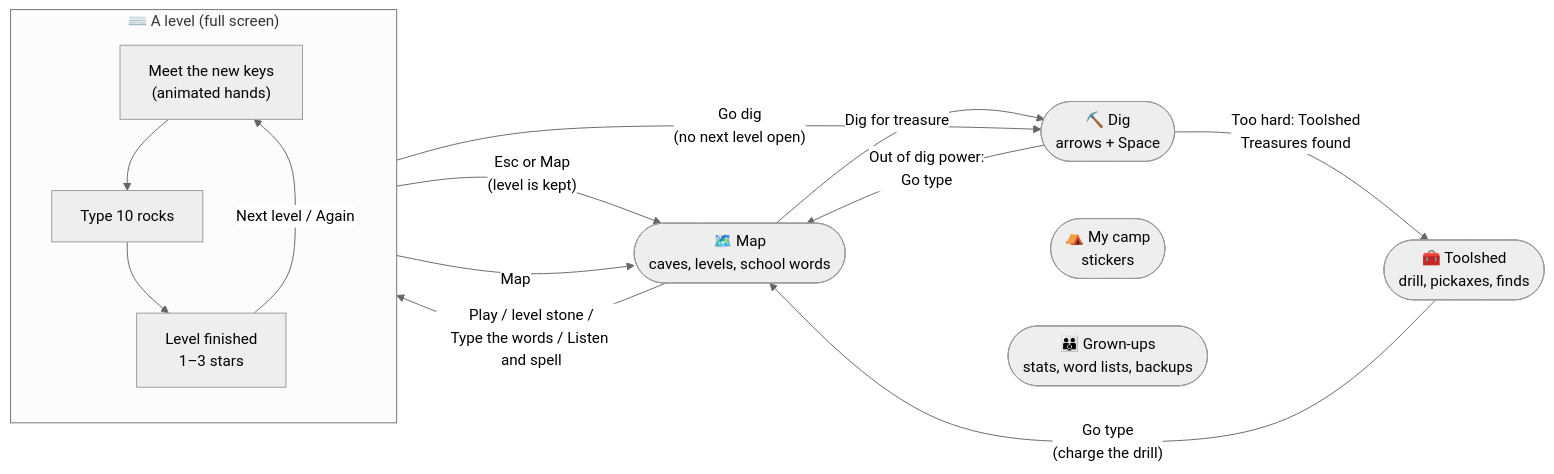
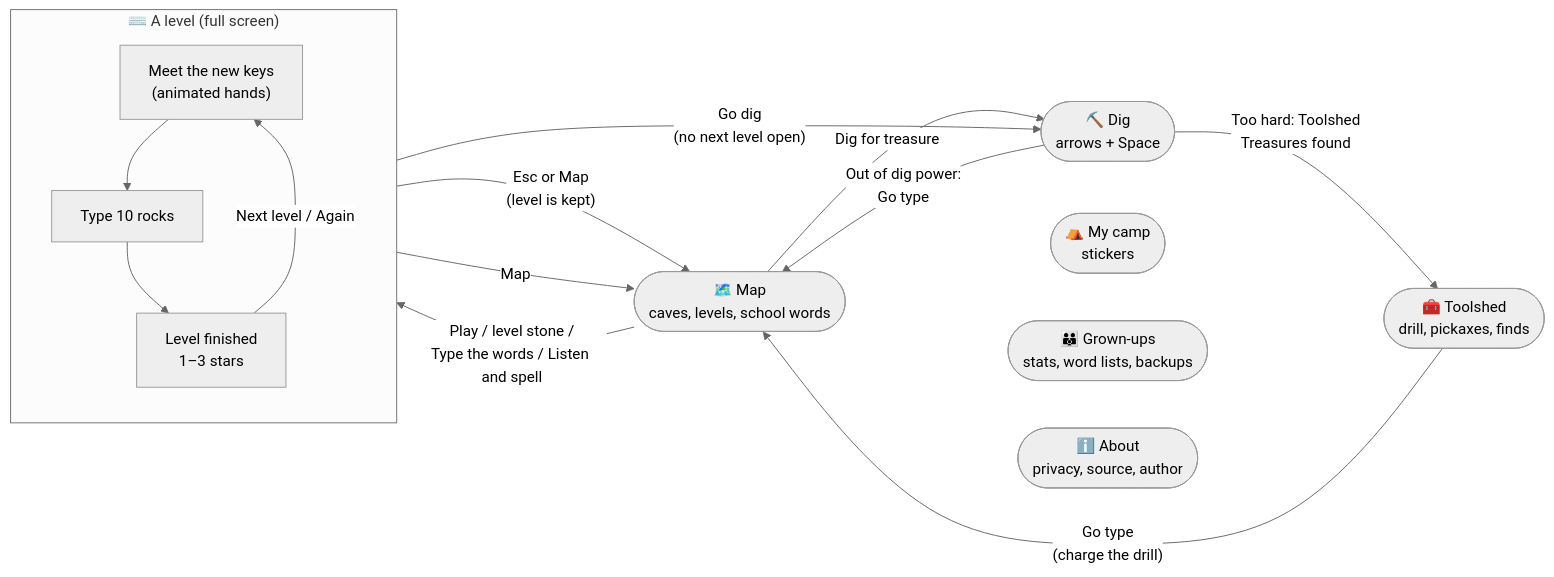
The diagram in README.md (msurguy/gem-mine), drawn with Mermaid (neutral theme) before and after one commit. The commit also changed other lines of this file and 7 other files, not shown here.

````diff
--- a/README.md
+++ b/README.md
@@ -25,26 +25,28 @@
 ```mermaid
 flowchart LR
     Map(["🗺️ Map<br/>caves, levels, school words"])
     subgraph Level["⌨️ A level (full screen)"]
         direction TB
         Intro["Meet the new keys<br/>(animated hands)"] --> Rocks["Type 10 rocks"]
         Rocks --> Result["Level finished<br/>1–3 stars"]
     end
     Dig(["⛏️ Dig<br/>arrows + Space"])
     Shed(["🧰 Toolshed<br/>drill, pickaxes, finds"])
     Camp(["⛺ My camp<br/>stickers"])
     Grown(["👪 Grown-ups<br/>stats, word lists, backups"])
+    About(["ℹ️ About<br/>privacy, source, author"])
 
     Map -- "Play / level stone /<br/>Type the words / Listen and spell" --> Intro
     Map -- "Dig for treasure" --> Dig
     Rocks -- "Esc or Map<br/>(level is kept)" --> Map
     Result -- "Next level / Again" --> Intro
     Result -- "Map" --> Map
     Result -- "Go dig<br/>(no next level open)" --> Dig
     Dig -- "Too hard: Toolshed<br/>Treasures found" --> Shed
     Dig -- "Out of dig power:<br/>Go type" --> Map
     Shed -- "Go type<br/>(charge the drill)" --> Map
 
     Map ~~~ Camp
     Map ~~~ Grown
+    Map ~~~ About
 ```
````
